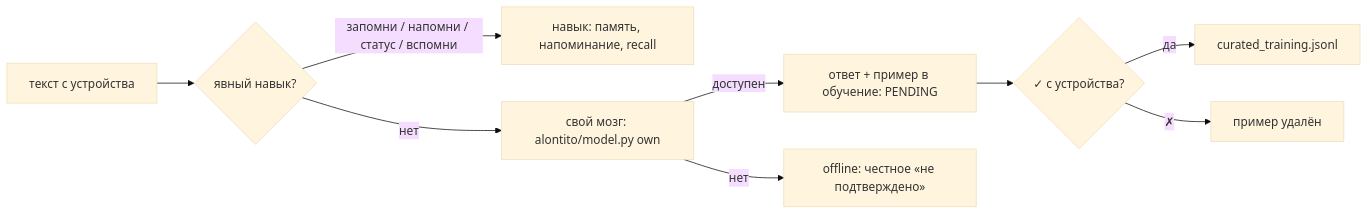
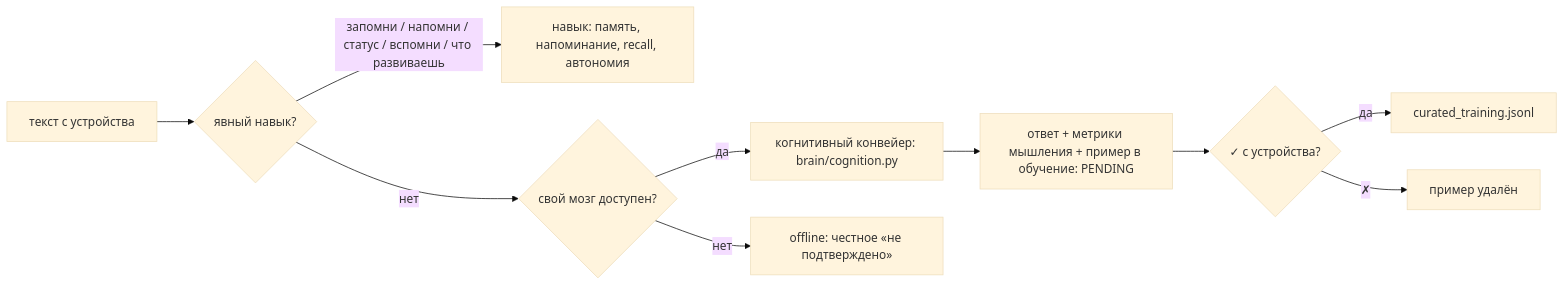
One commit to RomanStepanov55/Ai_assistantALT changed the diagram in MODEL.md. Above: the diagram before and after it, drawn with Mermaid (base theme). The commit also changed other lines of this file and 20 other files, not shown here.

````diff
--- a/MODEL.md
+++ b/MODEL.md
@@ -117,11 +119,12 @@
 ```mermaid
 flowchart LR
     T[текст с устройства] --> S{явный навык?}
-    S -->|"запомни / напомни / статус / вспомни"| SK[навык: память, напоминание, recall]
-    S -->|нет| B[свой мозг: alontito/model.py own]
-    B -->|доступен| A[ответ + пример в обучение: PENDING]
-    B -->|нет| O[offline: честное «не подтверждено»]
+    S -->|"запомни / напомни / статус / вспомни / что развиваешь"| SK[навык: память, напоминание, recall, автономия]
+    S -->|нет| C{свой мозг доступен?}
+    C -->|да| COG[когнитивный конвейер: brain/cognition.py]
+    C -->|нет| O[offline: честное «не подтверждено»]
+    COG --> A[ответ + метрики мышления + пример в обучение: PENDING]
     A --> Q{✓ с устройства?}
     Q -->|да| D[curated_training.jsonl]
     Q -->|✗| X[пример удалён]
 ```
````
